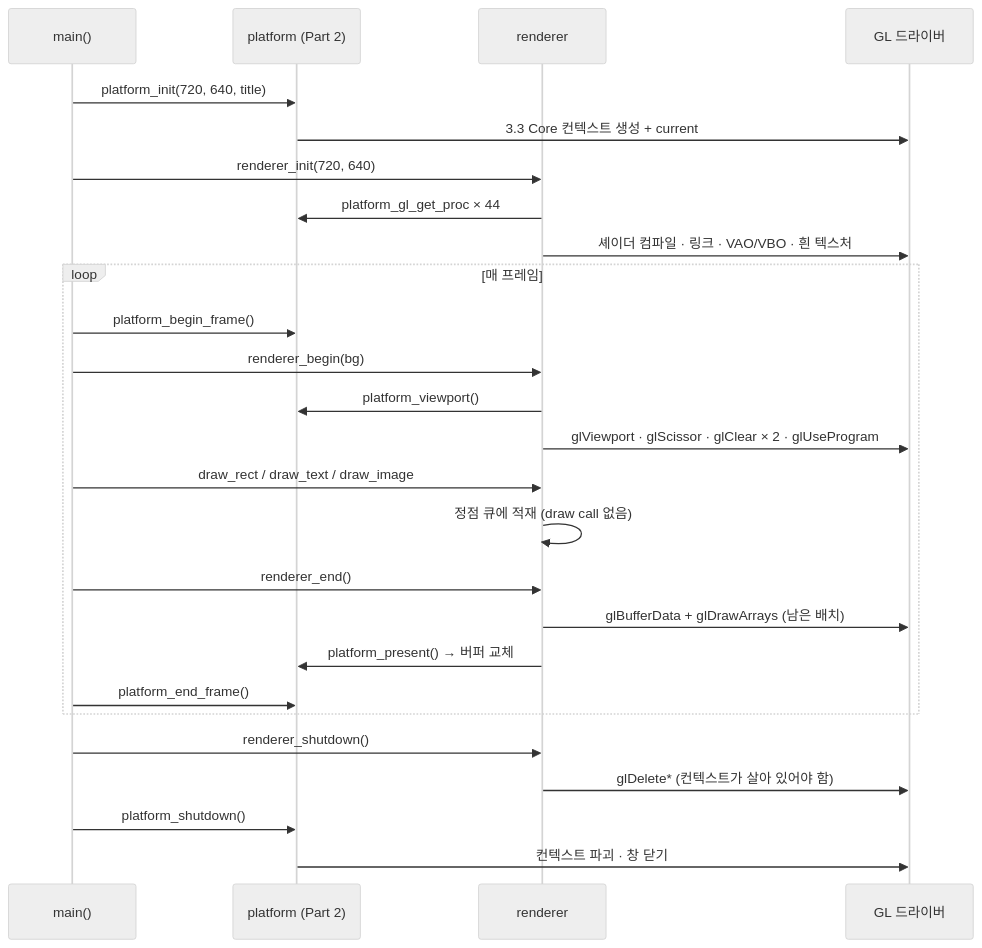
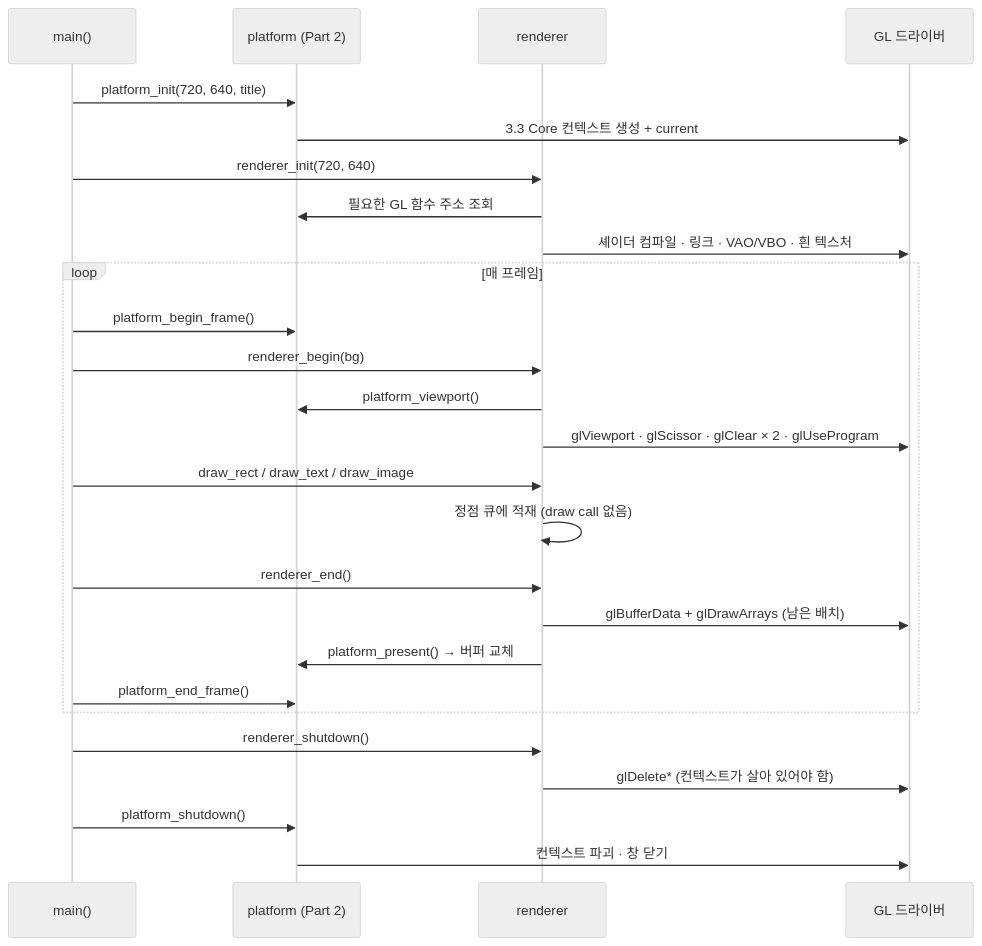
Before and after one commit to Rein-ArXiv/Tetris-Multiplayer-RL: the sixth of 7 diagrams in docs/blog/part3-rendering-and-ui.md, drawn with Mermaid (neutral theme). The commit also changed other lines of this file and 34 other files, not shown here.

````diff
--- a/docs/blog/part3-rendering-and-ui.md
+++ b/docs/blog/part3-rendering-and-ui.md
@@ -2461,29 +2464,29 @@
 ```mermaid
 sequenceDiagram
     participant M as main()
     participant P as platform (Part 2)
     participant R as renderer
     participant D as GL 드라이버
 
     M->>P: platform_init(720, 640, title)
     P->>D: 3.3 Core 컨텍스트 생성 + current
     M->>R: renderer_init(720, 640)
-    R->>P: platform_gl_get_proc × 44
+    R->>P: 필요한 GL 함수 주소 조회
     R->>D: 셰이더 컴파일 · 링크 · VAO/VBO · 흰 텍스처
     loop 매 프레임
         M->>P: platform_begin_frame()
         M->>R: renderer_begin(bg)
         R->>P: platform_viewport()
         R->>D: glViewport · glScissor · glClear × 2 · glUseProgram
         M->>R: draw_rect / draw_text / draw_image
         R->>R: 정점 큐에 적재 (draw call 없음)
         M->>R: renderer_end()
         R->>D: glBufferData + glDrawArrays (남은 배치)
         R->>P: platform_present() → 버퍼 교체
         M->>P: platform_end_frame()
     end
     M->>R: renderer_shutdown()
     R->>D: glDelete* (컨텍스트가 살아 있어야 함)
     M->>P: platform_shutdown()
     P->>D: 컨텍스트 파괴 · 창 닫기
 ```
````
